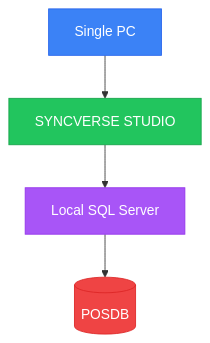
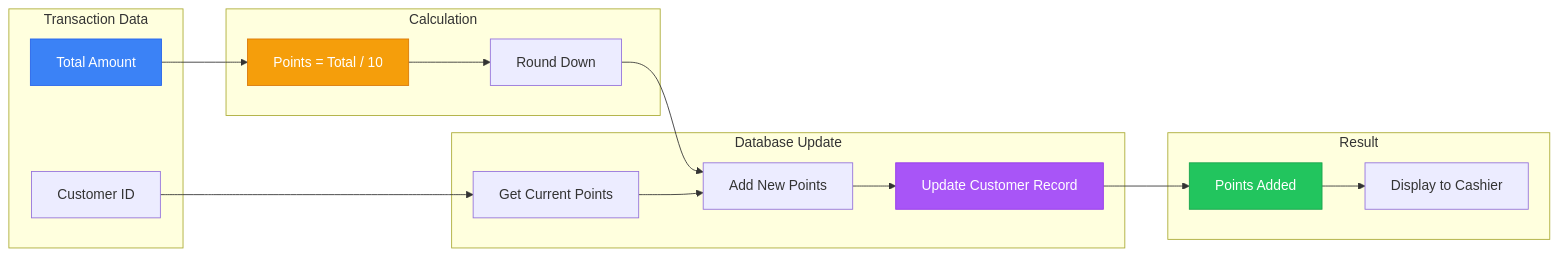
Before and after one commit to EIRSVi/Sync-Verse-Studio: diagram 16 of 23 in README.md, drawn with Mermaid. The commit also changed other lines of this file and 12 other files, not shown here.

````diff
--- a/README.md
+++ b/README.md
@@ -2079,11 +1072,37 @@
 ```mermaid
-graph TD
-    A[Single PC] --> B[SYNCVERSE STUDIO]
-    B --> C[Local SQL Server]
-    C --> D[(POSDB)]
+flowchart LR
+    subgraph "Transaction Data"
+        T1[Total Amount]
+        T2[Customer ID]
+    end
     
-    style A fill:#3B82F6,stroke:#2563EB,color:#fff
-    style B fill:#22C55E,stroke:#16A34A,color:#fff
-    style C fill:#A855F7,stroke:#9333EA,color:#fff
-    style D fill:#EF4444,stroke:#DC2626,color:#fff
+    subgraph "Calculation"
+        C1[Points = Total / 10]
+        C2[Round Down]
+    end
+    
+    subgraph "Database Update"
+        D1[Get Current Points]
+        D2[Add New Points]
+        D3[Update Customer Record]
+    end
+    
+    subgraph "Result"
+        R1[Points Added]
+        R2[Display to Cashier]
+    end
+    
+    T1 --> C1
+    T2 --> D1
+    C1 --> C2
+    C2 --> D2
+    D1 --> D2
+    D2 --> D3
+    D3 --> R1
+    R1 --> R2
+    
+    style T1 fill:#3B82F6,stroke:#2563EB,color:#fff
+    style C1 fill:#F59E0B,stroke:#D97706,color:#fff
+    style D3 fill:#A855F7,stroke:#9333EA,color:#fff
+    style R1 fill:#22C55E,stroke:#16A34A,color:#fff
 ```
````
